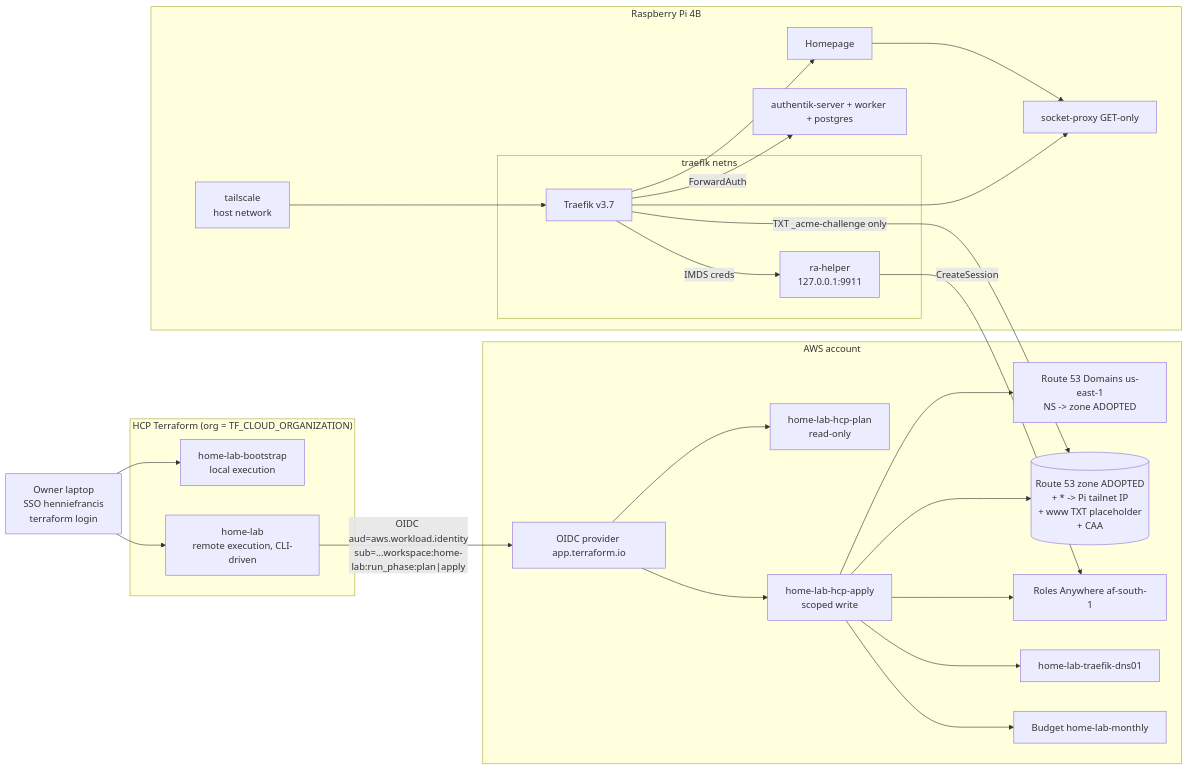
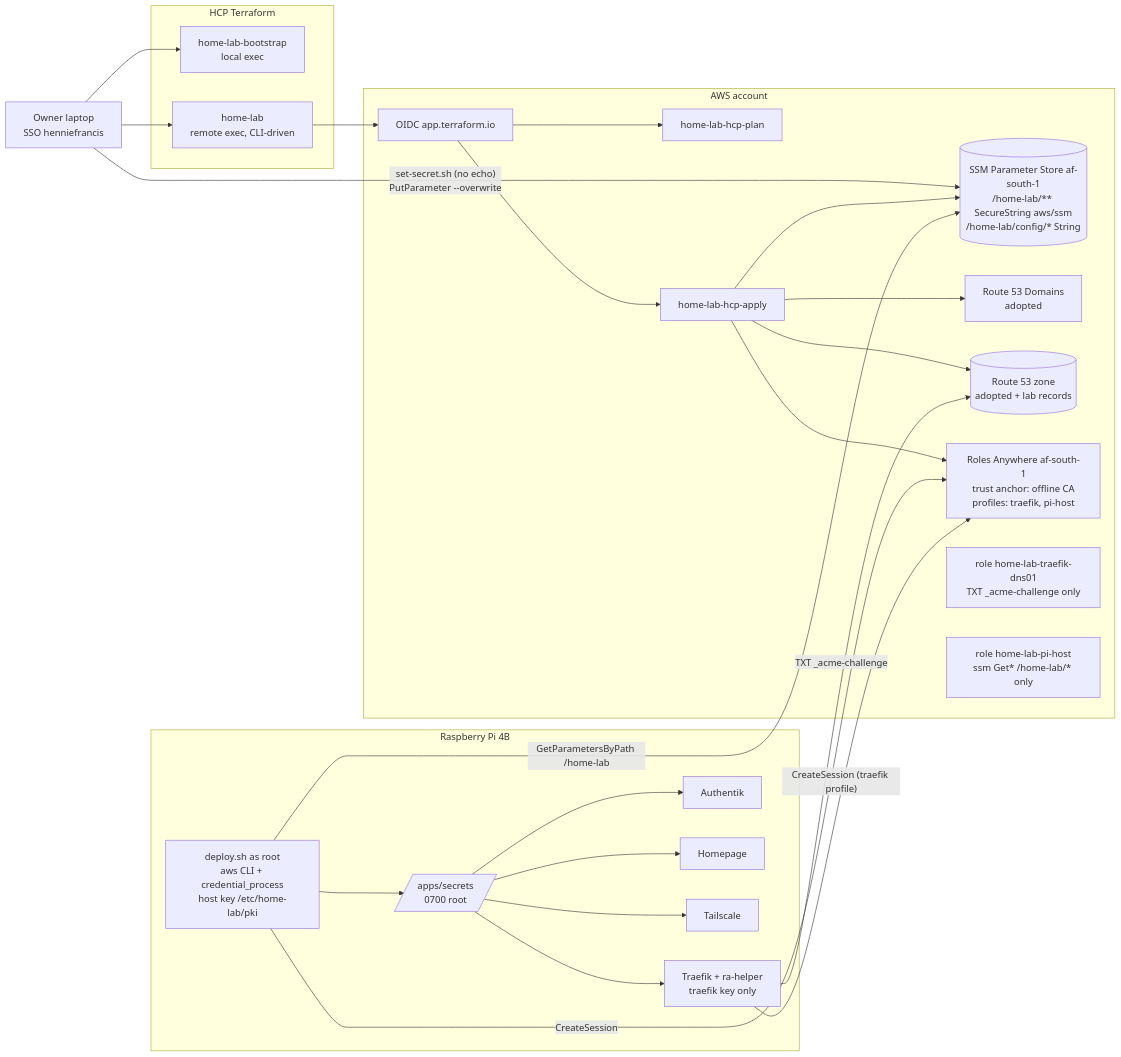
Before and after one commit to henniefrancis/home-lab: the diagram in docs/plan/phase-1-traefik.md, drawn with Mermaid. The commit also changed other lines of this file, not shown here.

Commit message:
Plan rev 7: secrets in SSM Parameter Store, public config

````diff
--- a/docs/plan/phase-1-traefik.md
+++ b/docs/plan/phase-1-traefik.md
@@ -104,47 +118,46 @@
 ```mermaid
 flowchart LR
-  subgraph HCP["HCP Terraform (org = TF_CLOUD_ORGANIZATION)"]
-    WSB[home-lab-bootstrap<br/>local execution]
-    WS[home-lab<br/>remote execution, CLI-driven]
+  subgraph HCP["HCP Terraform"]
+    WSB[home-lab-bootstrap<br/>local exec]
+    WS[home-lab<br/>remote exec, CLI-driven]
   end
-  OWN[Owner laptop<br/>SSO henniefrancis<br/>terraform login] --> WSB
+  OWN[Owner laptop<br/>SSO henniefrancis] --> WSB
   OWN --> WS
+  OWN -- "set-secret.sh (no echo)<br/>PutParameter --overwrite" --> SSM
 
   subgraph AWS["AWS account"]
-    OIDC[OIDC provider app.terraform.io]
-    RP[home-lab-hcp-plan<br/>read-only]
-    RAP[home-lab-hcp-apply<br/>scoped write]
-    REG[Route 53 Domains us-east-1<br/>NS -> zone ADOPTED]
-    R53[(Route 53 zone ADOPTED<br/>+ * -> Pi tailnet IP<br/>+ www TXT placeholder<br/>+ CAA)]
-    RA[Roles Anywhere af-south-1]
-    ACME[home-lab-traefik-dns01]
-    BUD[Budget home-lab-monthly]
+    OIDC[OIDC app.terraform.io]
+    RP[home-lab-hcp-plan]
+    RAP[home-lab-hcp-apply]
+    REG[Route 53 Domains<br/>adopted]
+    R53[(Route 53 zone<br/>adopted + lab records)]
+    SSM[(SSM Parameter Store af-south-1<br/>/home-lab/** SecureString aws/ssm<br/>/home-lab/config/* String)]
+    RA[Roles Anywhere af-south-1<br/>trust anchor: offline CA<br/>profiles: traefik, pi-host]
+    ACME[role home-lab-traefik-dns01<br/>TXT _acme-challenge only]
+    HOST[role home-lab-pi-host<br/>ssm Get* /home-lab/* only]
   end
-  WS -- "OIDC aud=aws.workload.identity<br/>sub=...workspace:home-lab:run_phase:plan|apply" --> OIDC
+  WS --> OIDC --> RAP
   OIDC --> RP
-  OIDC --> RAP
   RAP --> REG
   RAP --> R53
+  RAP --> SSM
   RAP --> RA
-  RAP --> ACME
-  RAP --> BUD
 
   subgraph Pi["Raspberry Pi 4B"]
-    TS[tailscale<br/>host network]
-    subgraph tr_ns["traefik netns"]
-      TR[Traefik v3.7]
-      RAH[ra-helper<br/>127.0.0.1:9911]
-    end
-    AKS[authentik-server + worker + postgres]
+    DEP[deploy.sh as root<br/>aws CLI + credential_process<br/>host key /etc/home-lab/pki]
+    SEC[/apps/secrets<br/>0700 root/]
+    TR[Traefik + ra-helper<br/>traefik key only]
+    AK[Authentik]
     HP[Homepage]
-    SP[socket-proxy GET-only]
+    TS[Tailscale]
   end
-  TS --> TR
-  TR -- ForwardAuth --> AKS
-  TR --> HP
-  TR --> SP
-  HP --> SP
-  TR -- "IMDS creds" --> RAH
-  RAH -- CreateSession --> RA
-  TR -- "TXT _acme-challenge only" --> R53
+  DEP -- CreateSession --> RA
+  DEP -- "GetParametersByPath /home-lab" --> SSM
+  DEP --> SEC
+  SEC --> TR
+  SEC --> AK
+  SEC --> HP
+  SEC --> TS
+  TR -- "CreateSession (traefik profile)" --> RA
+  TR -- "TXT _acme-challenge" --> R53
 ```
````
